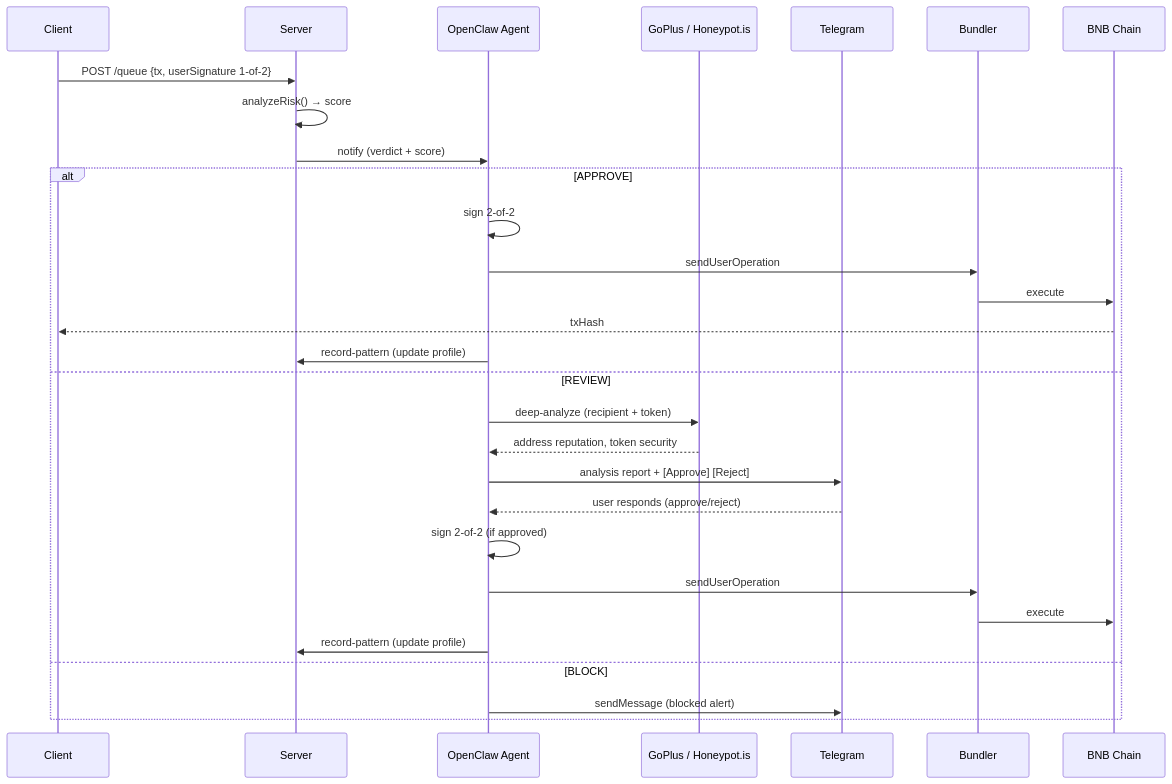
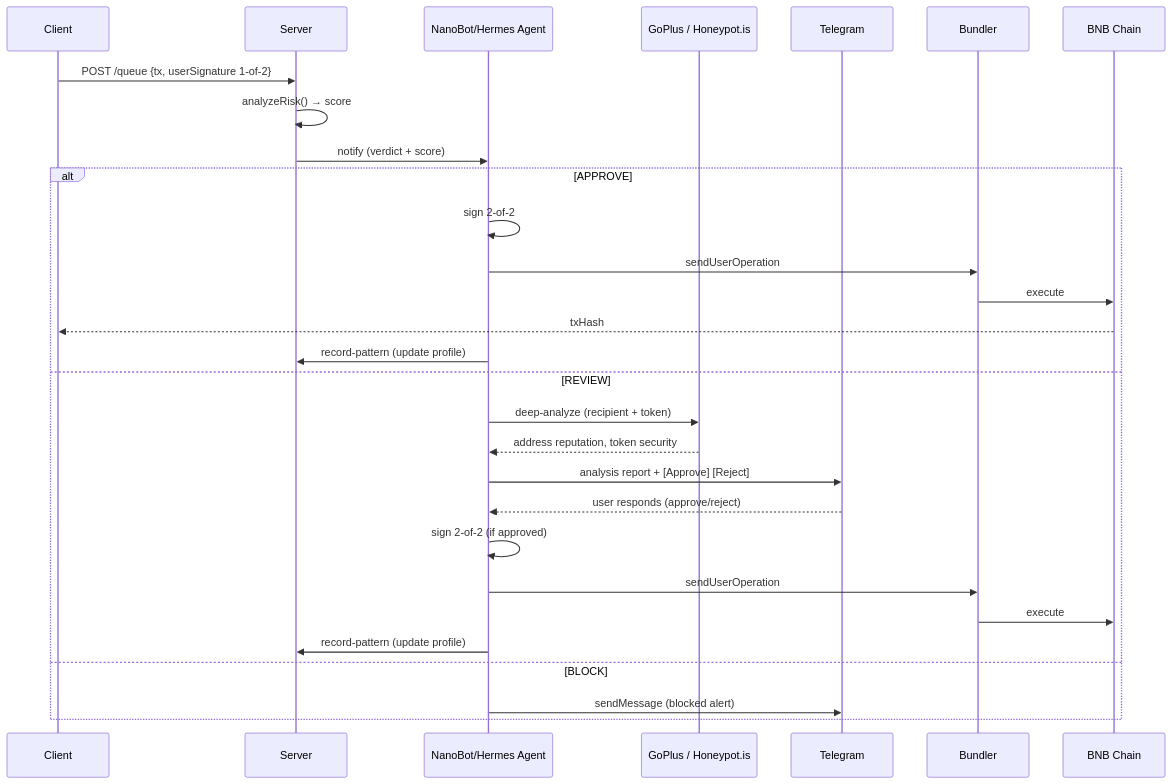
Before and after one commit to zhentanme/zhentan: the second of 2 diagrams in docs/TECHNICAL.md, drawn with Mermaid. The commit also changed other lines of this file and 24 other files, not shown here.

First line of the commit message:
chore: rebrand OpenClaw references to NanoBot/Hermes

````diff
--- a/docs/TECHNICAL.md
+++ b/docs/TECHNICAL.md
@@ -96,32 +96,32 @@
 ```mermaid
 sequenceDiagram
     participant C as Client
     participant S as Server
-    participant OC as OpenClaw Agent
+    participant OC as NanoBot/Hermes Agent
     participant EXT as GoPlus / Honeypot.is
     participant TG as Telegram
     participant B as Bundler
     participant BC as BNB Chain
 
     C->>S: POST /queue {tx, userSignature 1-of-2}
     S->>S: analyzeRisk() → score
     S->>OC: notify (verdict + score)
     alt APPROVE
         OC->>OC: sign 2-of-2
         OC->>B: sendUserOperation
         B->>BC: execute
         BC-->>C: txHash
         OC->>S: record-pattern (update profile)
     else REVIEW
         OC->>EXT: deep-analyze (recipient + token)
         EXT-->>OC: address reputation, token security
         OC->>TG: analysis report + [Approve] [Reject]
         TG-->>OC: user responds (approve/reject)
         OC->>OC: sign 2-of-2 (if approved)
         OC->>B: sendUserOperation
         B->>BC: execute
         OC->>S: record-pattern (update profile)
     else BLOCK
         OC->>TG: sendMessage (blocked alert)
     end
 ```
````
